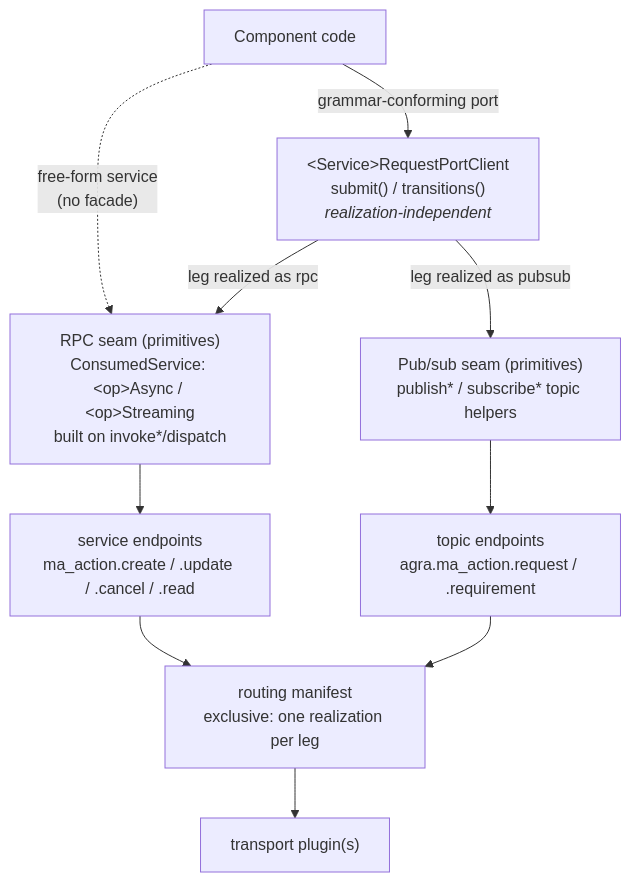
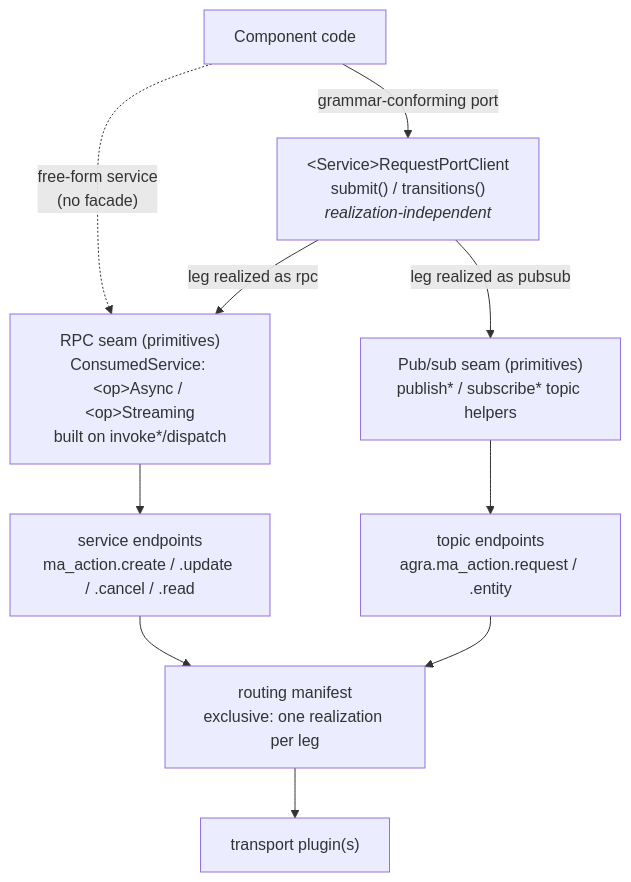
The first of 2 diagrams in subprojects/PYRAMID/doc/guides/pubsub_interaction_guide.md (Ackoogin/mujin), drawn with Mermaid before and after one commit. The commit also changed other lines of this file and 73 other files, not shown here.

First line of the commit message:
Complete the port-grammar requirement->entity rename

````diff
--- a/subprojects/PYRAMID/doc/guides/pubsub_interaction_guide.md
+++ b/subprojects/PYRAMID/doc/guides/pubsub_interaction_guide.md
@@ -124,21 +124,21 @@
 ```mermaid
 flowchart TB
   App["Component code"]
   Facade["&lt;Service&gt;RequestPortClient<br/>submit() / transitions()<br/><i>realization-independent</i>"]
   Rpc["RPC seam (primitives)<br/>ConsumedService: &lt;op&gt;Async / &lt;op&gt;Streaming<br/>built on invoke*/dispatch"]
   Pub["Pub/sub seam (primitives)<br/>publish* / subscribe* topic helpers"]
   SvcEp["service endpoints<br/>ma_action.create / .update / .cancel / .read"]
-  TopEp["topic endpoints<br/>agra.ma_action.request / .requirement"]
+  TopEp["topic endpoints<br/>agra.ma_action.request / .entity"]
   Route["routing manifest<br/>exclusive: one realization per leg"]
   Wire["transport plugin(s)"]
 
   App -->|"grammar-conforming port"| Facade
   App -.->|"free-form service<br/>(no facade)"| Rpc
   Facade -->|"leg realized as rpc"| Rpc
   Facade -->|"leg realized as pubsub"| Pub
   Rpc --> SvcEp
   Pub --> TopEp
   SvcEp --> Route
   TopEp --> Route
   Route --> Wire
 ```
````
